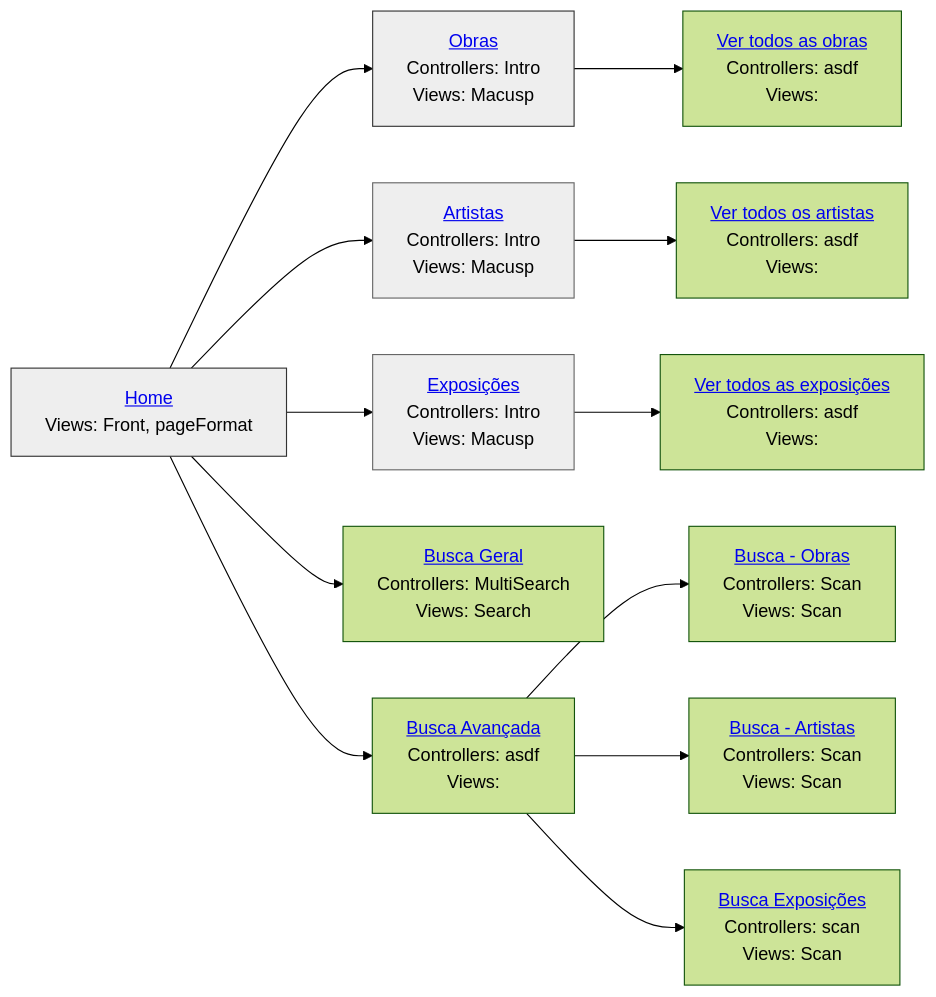
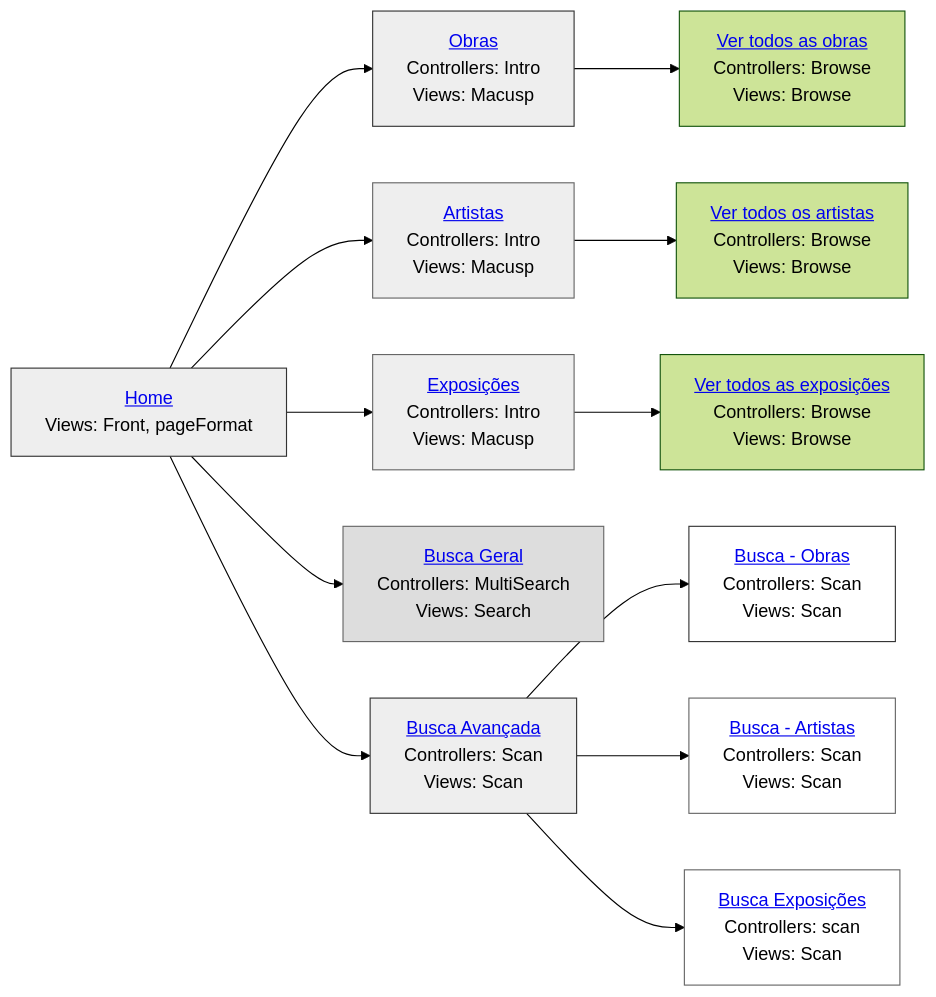
One commit to reynaldocv/macusp changed the diagram in README.md. Above: the diagram before and after it, drawn with Mermaid (forest theme).

````diff
--- a/README.md
+++ b/README.md
@@ -249,36 +249,42 @@
 ```mermaid
 graph LR
     %% Parte superior e inferior del primer puesto
     home["           <a href='http://143.107.130.173/admacervo/macusp/index.php'> Home </a> <br> Views: Front, pageFormat"]
     works["          <a href='http://143.107.130.173/admacervo/macusp/index.php/Intro/works'>Obras</a>      <br> Controllers: Intro <br> Views: Macusp"]
     artists["        <a href='http://143.107.130.173/admacervo/macusp/index.php/Intro/artists'>Artistas</a>  <br> Controllers: Intro <br> Views: Macusp"]
     exhibitions["    <a href='http://143.107.130.173/admacervo/macusp/index.php/Intro/exhibitions'>Exposições</a> <br> Controllers: Intro <br> Views: Macusp"]
     search["         <a href='https://link.com'> Busca Geral </a> <br>  Controllers: MultiSearch <br>  Views: Search "]
-    advancedSearch[" <a href='https://link.com'> Busca Avançada</a> <br>  Controllers: </strong> asdf <br>  Views: "]
-    viewWorks[" <a href='https://link.com'> Ver todos as obras</a> <br>  Controllers: </strong> asdf <br>  Views: "]
-    viewArtists[" <a href='https://link.com'> Ver todos os artistas</a> <br>  Controllers: </strong> asdf <br>  Views: "]
-    viewExhibitions[" <a href='https://link.com'> Ver todos as exposições</a> <br>  Controllers: </strong> asdf <br>  Views: "]
+    advancedSearch[" <a href='https://link.com'> Busca Avançada</a> <br>  Controllers: </strong> Scan <br>  Views: Scan"]
+    viewWorks[" <a href='https://link.com'> Ver todos as obras</a> <br>  Controllers: </strong> Browse <br>  Views: Browse"]
+    viewArtists[" <a href='https://link.com'> Ver todos os artistas</a> <br>  Controllers: </strong> Browse <br>  Views: Browse"]
+    viewExhibitions[" <a href='https://link.com'> Ver todos as exposições</a> <br>  Controllers: </strong> Browse <br>  Views: Browse"]
     asWorks["<a href='http://143.107.130.173/admacervo/macusp/index.php/Scan/advanced/works'> Busca - Obras</a> <br>  Controllers: Scan <br> Views: Scan"]
     asArtists["<a href='http://143.107.130.173/admacervo/macusp/index.php/Scan/advanced/artists'> Busca - Artistas</a> <br>  Controllers: Scan <br> Views: Scan "]
     asExhibitions["<a href='http://143.107.130.173/admacervo/macusp/index.php/Scan/advanced/exhibitions'> Busca Exposições </a> <br> Controllers: scan <br>  Views: Scan  "]
     
     %% Conexión del organigrama (une la parte inferior de uno con la superior del otro)
     home --> works
     home --> artists
     home --> exhibitions
     home --> search
     home --> advancedSearch
     works --> viewWorks
     artists --> viewArtists    
     exhibitions --> viewExhibitions
     advancedSearch --> asWorks
     advancedSearch --> asArtists
     advancedSearch --> asExhibitions
 
-
     %% Estilos para que parezcan una sola pieza
     style home fill:#eee,stroke:#333
     style works fill:#eee,stroke:#333
     style artists fill:#eee,stroke:#666
     style exhibitions fill:#eee,stroke:#666
+
+    style search fill:#ddd,stroke:#666
+    
+    style advancedSearch fill:#eee,stroke:#333
+    style asWorks fill:#fff,stroke:#333
+    style asArtists fill:#fff,stroke:#666
+    style asExhibitions fill:#fff,stroke:#666
 ```
````
